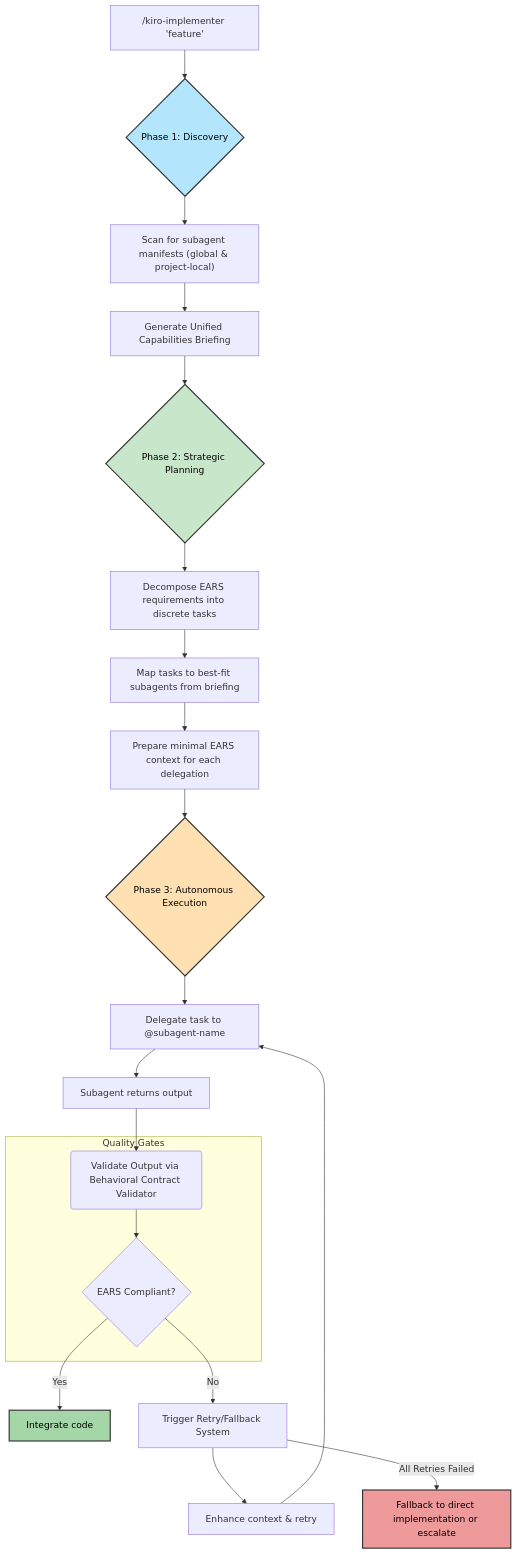
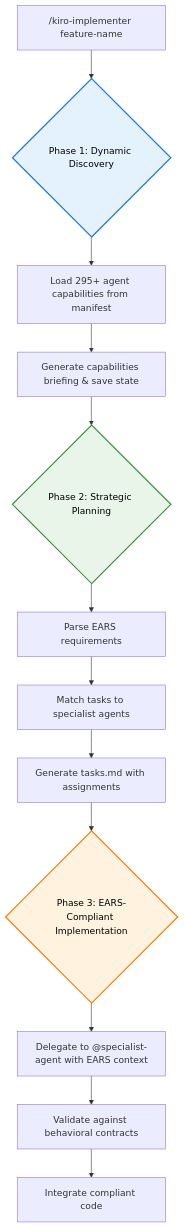
One commit to bizzkoot/kiro_style_claude_code changed the diagram in Enhanced-Kiro-Subagents/SUBAGENTS_README.md. Above: the diagram before and after it, drawn with Mermaid. The commit also changed other lines of this file and 12 other files, not shown here.

First line of the commit message:
refactor(subagents): Streamline Enhanced Implementer architecture

````diff
--- a/Enhanced-Kiro-Subagents/SUBAGENTS_README.md
+++ b/Enhanced-Kiro-Subagents/SUBAGENTS_README.md
@@ -67,35 +76,20 @@
 ```mermaid
 graph TD
-    A["/kiro-implementer 'feature'"] --> B{Phase 1: Discovery};
-    B --> C["Scan for subagent manifests (global & project-local)"];
-    C --> D[Generate Unified Capabilities Briefing];
+    A["/kiro-implementer feature-name"] --> B{Phase 1: Dynamic Discovery}
+    B --> C[Load 295+ agent capabilities from manifest]
+    C --> E[Generate capabilities briefing & save state]
     
-    D --> E{Phase 2: Strategic Planning};
-    E --> F[Decompose EARS requirements into discrete tasks];
-    F --> G[Map tasks to best-fit subagents from briefing];
-    G --> H[Prepare minimal EARS context for each delegation];
+    E --> F{Phase 2: Strategic Planning}
+    F --> G[Parse EARS requirements]
+    G --> I[Match tasks to specialist agents]
+    I --> J[Generate tasks.md with assignments]
     
-    H --> I{Phase 3: Autonomous Execution};
-    I --> J[Delegate task to @subagent-name];
-    J --> K[Subagent returns output];
-    K --> L(Validate Output via Behavioral Contract Validator);
+    J --> K{Phase 3: EARS-Compliant Implementation}
+    K --> L[Delegate to @specialist-agent with EARS context]
+    L --> N[Validate against behavioral contracts]
+    N --> O[Integrate compliant code]
     
-    L --> M{EARS Compliant?};
-    M -- "Yes" --> N[Integrate code];
-    M -- "No" --> O[Trigger Retry/Fallback System];
-    
-    O --> P[Enhance context & retry];
-    P --> J;
-    O -- "All Retries Failed" --> Q[Fallback to direct implementation or escalate];
-    
-    subgraph "Quality Gates"
-        L
-        M
-    end
-
-    style B fill:#b3e5fc,stroke:#333,stroke-width:2px,color:#000
-    style E fill:#c8e6c9,stroke:#333,stroke-width:2px,color:#000
-    style I fill:#ffe0b2,stroke:#333,stroke-width:2px,color:#000
-    style N fill:#a5d6a7,stroke:#333,stroke-width:2px,color:#000
-    style Q fill:#ef9a9a,stroke:#333,stroke-width:2px,color:#000
+    style B fill:#e3f2fd,stroke:#1976d2,stroke-width:2px,color:#000000
+    style F fill:#e8f5e8,stroke:#388e3c,stroke-width:2px,color:#000000
+    style K fill:#fff3e0,stroke:#f57c00,stroke-width:2px,color:#000000
 ```
````
